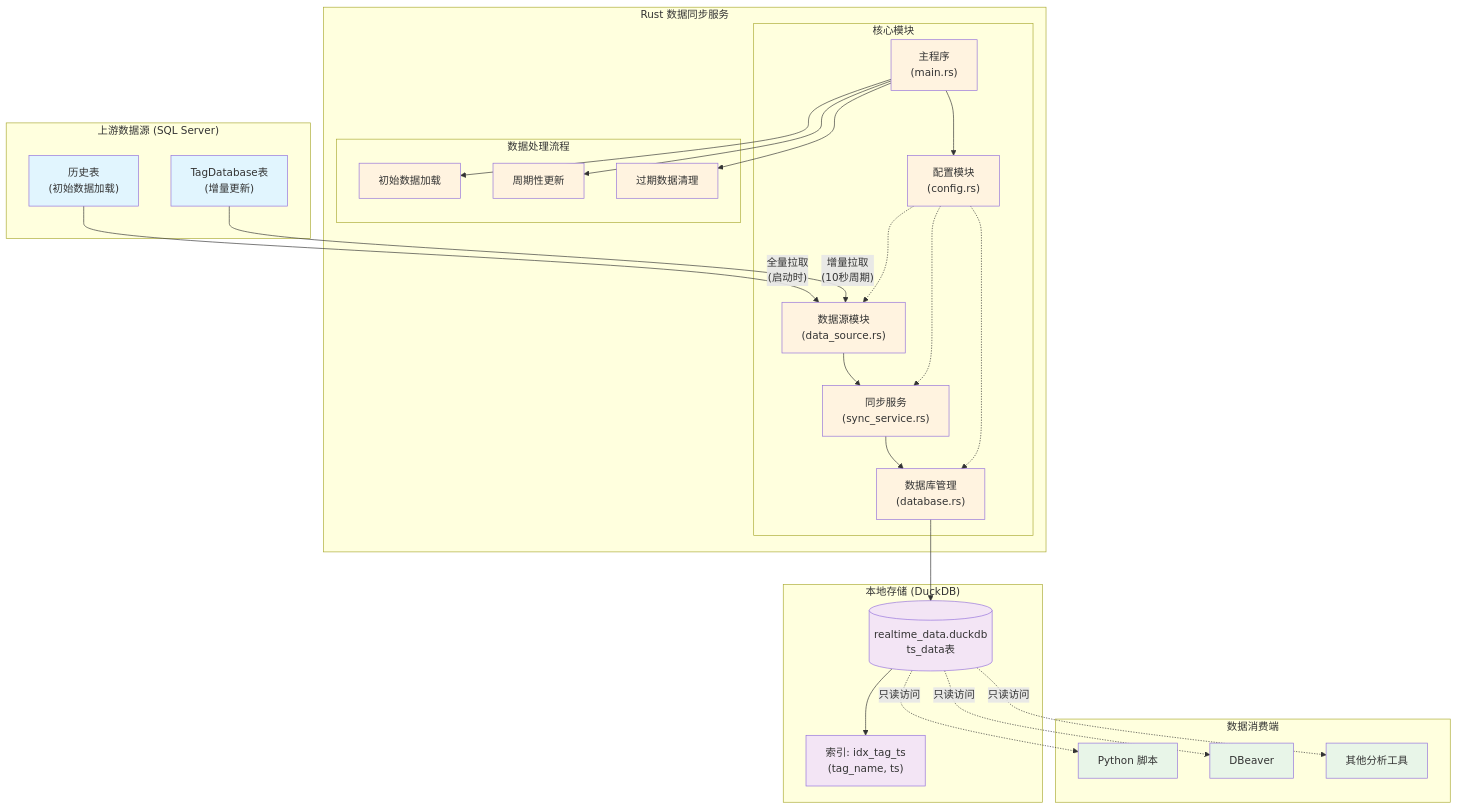
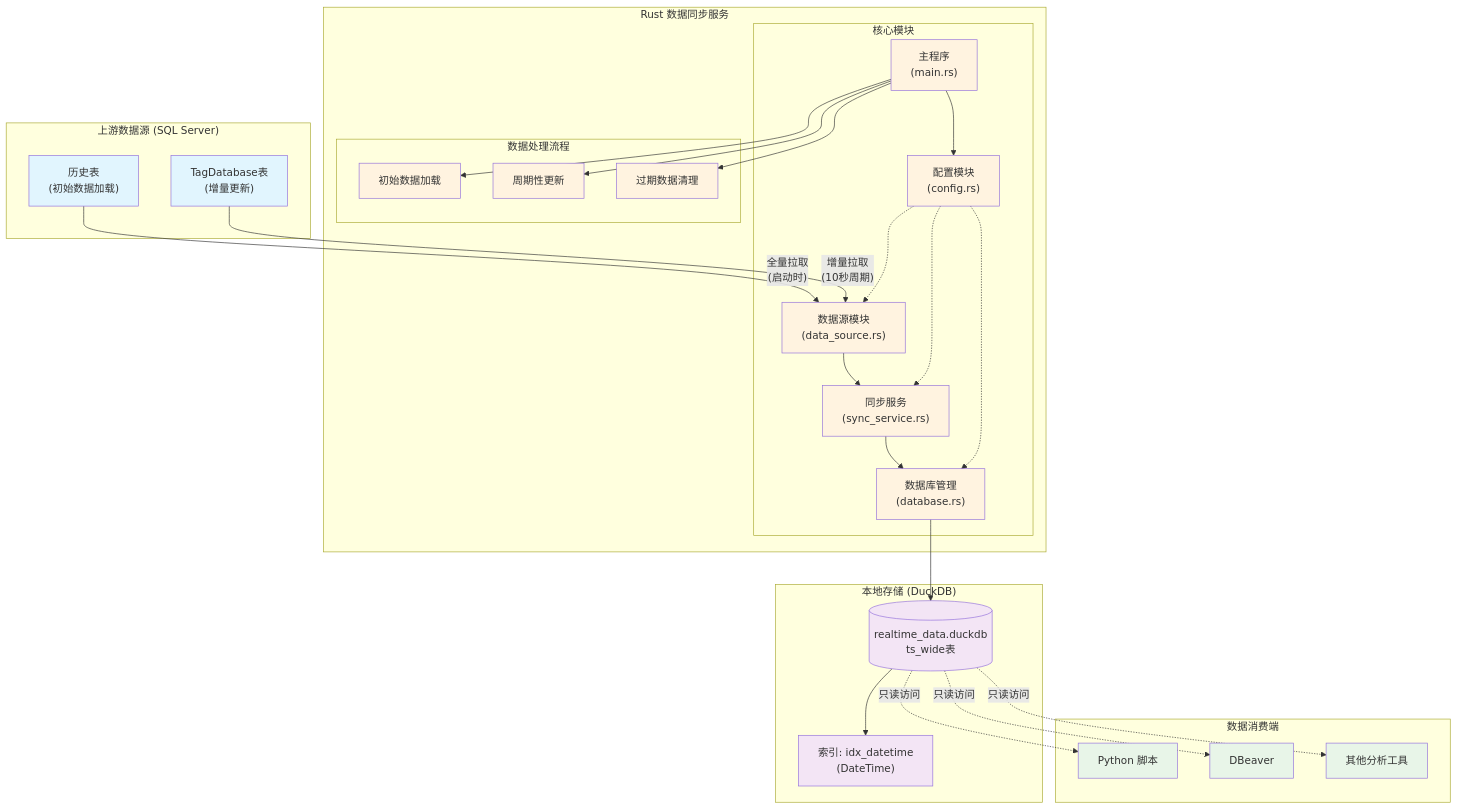
The first of 3 diagrams in README.md (bahayonghang/rt_db), drawn with Mermaid before and after one commit. The commit also changed other lines of this file and 19 other files, not shown here.

````diff
--- a/README.md
+++ b/README.md
@@ -18,70 +22,70 @@
 ```mermaid
 graph TB
     subgraph "上游数据源 (SQL Server)"
         HT["历史表<br/>(初始数据加载)"]
         TDB["TagDatabase表<br/>(增量更新)"]
     end
     
     subgraph "Rust 数据同步服务"
         subgraph "核心模块"
             CFG["配置模块<br/>(config.rs)"]
             DS["数据源模块<br/>(data_source.rs)"]
             DB["数据库管理<br/>(database.rs)"]
             SYNC["同步服务<br/>(sync_service.rs)"]
             MAIN["主程序<br/>(main.rs)"]
         end
         
         subgraph "数据处理流程"
             INIT["初始数据加载"]
             PERIOD["周期性更新"]
             CLEAN["过期数据清理"]
         end
     end
     
     subgraph "本地存储 (DuckDB)"
-        DUCK[("realtime_data.duckdb<br/>ts_data表")]
-        IDX["索引: idx_tag_ts<br/>(tag_name, ts)"]
+        DUCK[("realtime_data.duckdb<br/>ts_wide表")]
+        IDX["索引: idx_datetime<br/>(DateTime)"]
     end
     
     subgraph "数据消费端"
         PY["Python 脚本"]
         DBA["DBeaver"]
         OTHER["其他分析工具"]
     end
     
     %% 数据流连接
     HT -->|"全量拉取<br/>(启动时)"| DS
     TDB -->|"增量拉取<br/>(10秒周期)"| DS
     
     DS --> SYNC
     SYNC --> DB
     DB --> DUCK
     DUCK --> IDX
     
     %% 查询连接
     DUCK -.->|"只读访问"| PY
     DUCK -.->|"只读访问"| DBA
     DUCK -.->|"只读访问"| OTHER
     
     %% 配置连接
     CFG -.-> DS
     CFG -.-> DB
     CFG -.-> SYNC
     
     %% 主程序协调
     MAIN --> CFG
     MAIN --> INIT
     MAIN --> PERIOD
     MAIN --> CLEAN
     
     %% 样式定义
     classDef sqlserver fill:#e1f5fe
     classDef rust fill:#fff3e0
     classDef duckdb fill:#f3e5f5
     classDef consumer fill:#e8f5e8
     
     class HT,TDB sqlserver
     class CFG,DS,DB,SYNC,MAIN,INIT,PERIOD,CLEAN rust
     class DUCK,IDX duckdb
     class PY,DBA,OTHER consumer
 ```
````
